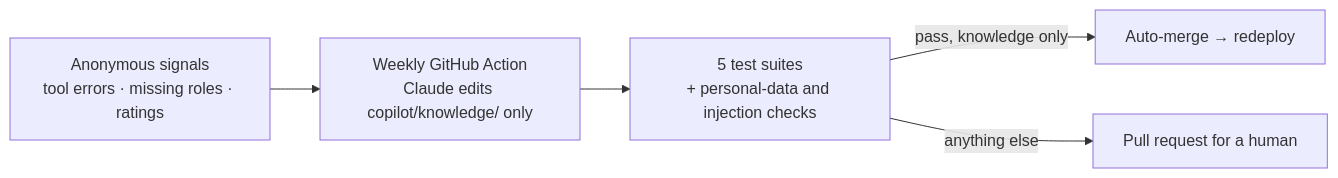
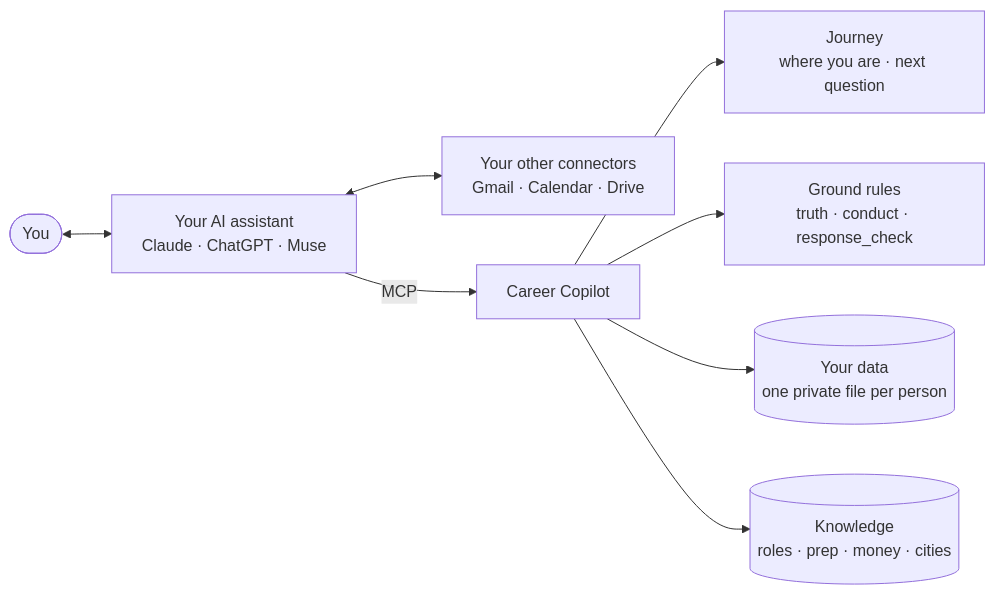
One commit to TusharSamantaray/career-copilot-mcp changed the third of 3 diagrams in README.md. Above: the diagram before and after it, drawn with Mermaid. The commit also changed other lines of this file and 5 other files, not shown here.

````diff
--- a/README.md
+++ b/README.md
@@ -182,7 +167,10 @@
 ```mermaid
 flowchart LR
-  use["Anonymous signals<br/>tool errors · missing roles · ratings"] --> bot["Weekly GitHub Action<br/>Claude edits copilot/knowledge/ only"]
-  bot --> tests["5 test suites<br/>+ personal-data and injection checks"]
-  tests -- "pass, knowledge only" --> live["Auto-merge → redeploy"]
-  tests -- "anything else" --> pr["Pull request for a human"]
+  you(["You"]) <--> ai["Your AI assistant<br/>Claude · ChatGPT · Muse"]
+  ai <--> others["Your other connectors<br/>Gmail · Calendar · Drive"]
+  ai -- "MCP" --> cc["Career Copilot"]
+  cc --> journey["Journey<br/>where you are · next question"]
+  cc --> rules["Ground rules<br/>truth · conduct · response_check"]
+  cc --> mem[("Your data<br/>one private file per person")]
+  cc --> kb[("Knowledge<br/>roles · prep · money · cities")]
 ```
````
